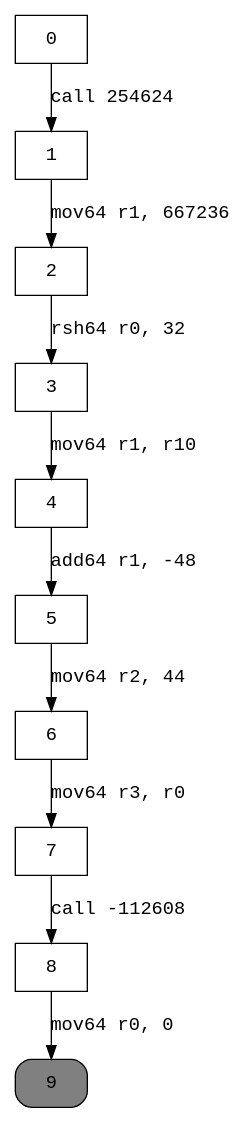
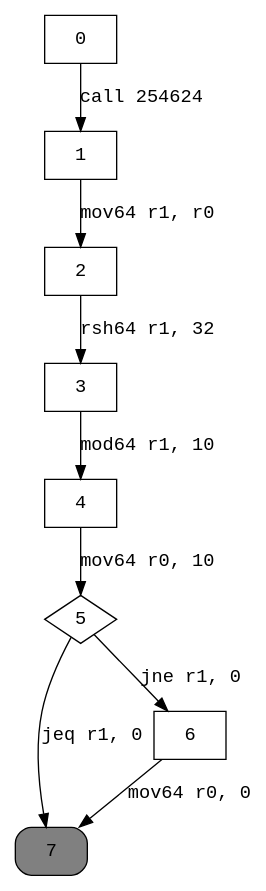
Before and after one commit to XicoCorreia/Information-Flow-Analysis-Thesis: the diagram in ebpfPrograms/graphs/example.dot, drawn with Graphviz. The commit also changed 5 other files, not shown here.

```diff
--- a/ebpfPrograms/graphs/example.dot
+++ b/ebpfPrograms/graphs/example.dot
@@ -1,15 +1,15 @@
 digraph cfg { 
 node [fontname="monospace"];
 node [shape=box];
 edge [fontname="monospace"];
   0 -> 1 [label="call 254624"];
-  1 -> 2 [label="mov64 r1, 667236"];
-  2 -> 3 [label="rsh64 r0, 32"];
-  3 -> 4 [label="mov64 r1, r10"];
-  4 -> 5 [label="add64 r1, -48"];
-  5 -> 6 [label="mov64 r2, 44"];
-  6 -> 7 [label="mov64 r3, r0"];
-  7 -> 8 [label="call -112608"];
-  8 -> 9 [label="mov64 r0, 0"];
-9 [style="rounded,filled",fillcolor=grey];
+  1 -> 2 [label="mov64 r1, r0"];
+  2 -> 3 [label="rsh64 r1, 32"];
+  3 -> 4 [label="mod64 r1, 10"];
+  4 -> 5 [label="mov64 r0, 10"];
+  5 -> 7 [label="jeq r1, 0"];
+  5 -> 6 [label="jne r1, 0"];
+  6 -> 7 [label="mov64 r0, 0"];
+5 [shape=diamond];
+7 [style="rounded,filled",fillcolor=grey];
 }
```
